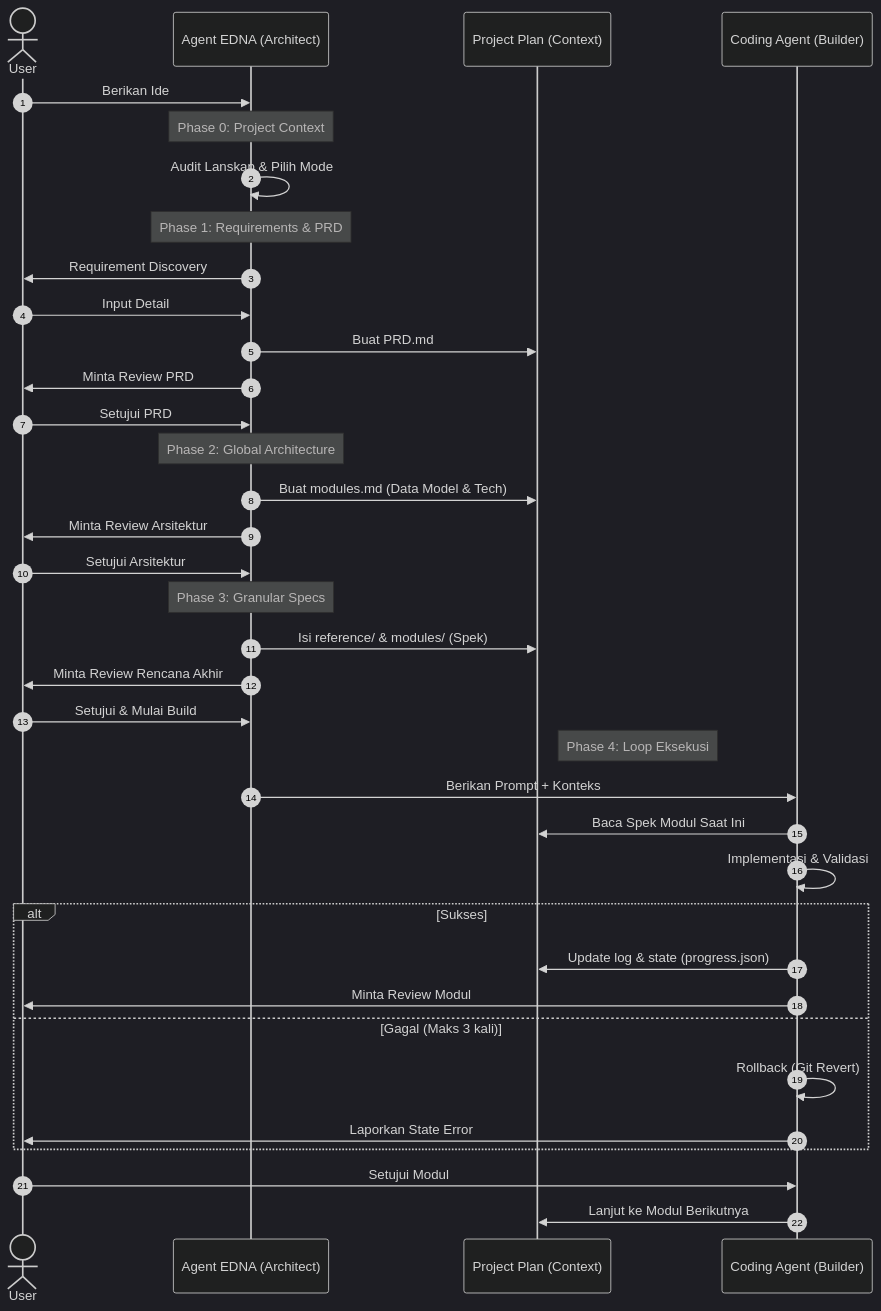
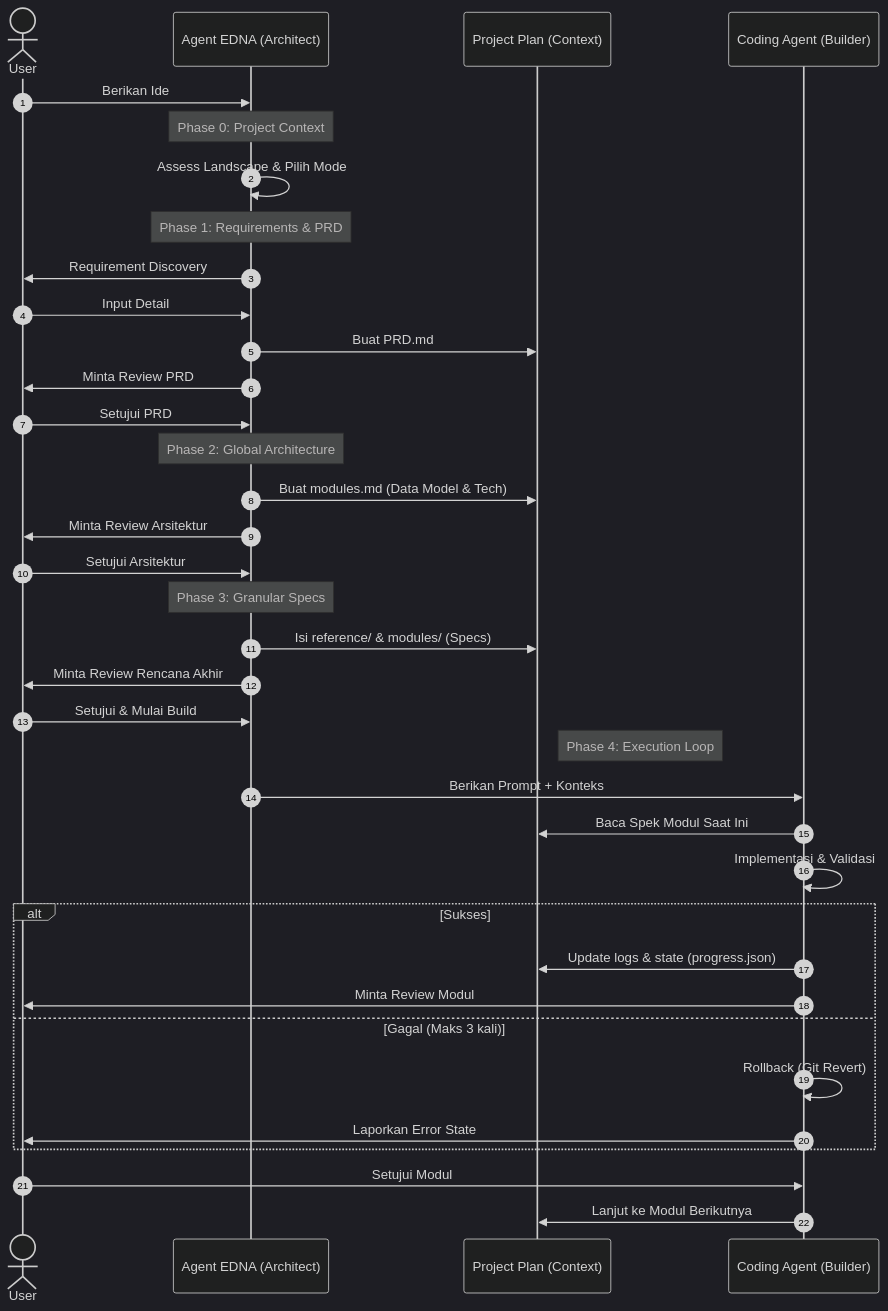
The diagram in how_it_works.id.md (arinadi/EDNA), drawn with Mermaid (dark theme) before and after one commit. The commit also changed other lines of this file and 5 other files, not shown here.

````diff
--- a/how_it_works.id.md
+++ b/how_it_works.id.md
@@ -74,46 +74,46 @@
 ```mermaid
 sequenceDiagram
     autonumber
     actor User
     participant EDNA as Agent EDNA (Architect)
     participant Plan as Project Plan (Context)
     participant Coder as Coding Agent (Builder)
 
     User->>EDNA: Berikan Ide
     
     Note over EDNA: Phase 0: Project Context
-    EDNA->>EDNA: Audit Lanskap & Pilih Mode
+    EDNA->>EDNA: Assess Landscape & Pilih Mode
     
     Note over EDNA: Phase 1: Requirements & PRD
     EDNA->>User: Requirement Discovery
     User->>EDNA: Input Detail
     EDNA->>Plan: Buat PRD.md
     EDNA->>User: Minta Review PRD
     User->>EDNA: Setujui PRD
     
     Note over EDNA: Phase 2: Global Architecture
     EDNA->>Plan: Buat modules.md (Data Model & Tech)
     EDNA->>User: Minta Review Arsitektur
     User->>EDNA: Setujui Arsitektur
     
     Note over EDNA: Phase 3: Granular Specs
-    EDNA->>Plan: Isi reference/ & modules/ (Spek)
+    EDNA->>Plan: Isi reference/ & modules/ (Specs)
     
     EDNA->>User: Minta Review Rencana Akhir
     User->>EDNA: Setujui & Mulai Build
     
-    Note right of Plan: Phase 4: Loop Eksekusi
+    Note right of Plan: Phase 4: Execution Loop
     EDNA->>Coder: Berikan Prompt + Konteks
     Coder->>Plan: Baca Spek Modul Saat Ini
     Coder->>Coder: Implementasi & Validasi
     alt Sukses
-        Coder->>Plan: Update log & state (progress.json)
+        Coder->>Plan: Update logs & state (progress.json)
         Coder->>User: Minta Review Modul
     else Gagal (Maks 3 kali)
         Coder->>Coder: Rollback (Git Revert)
-        Coder->>User: Laporkan State Error
+        Coder->>User: Laporkan Error State
     end
     
     User->>Coder: Setujui Modul
     Coder->>Plan: Lanjut ke Modul Berikutnya
 ```
````
